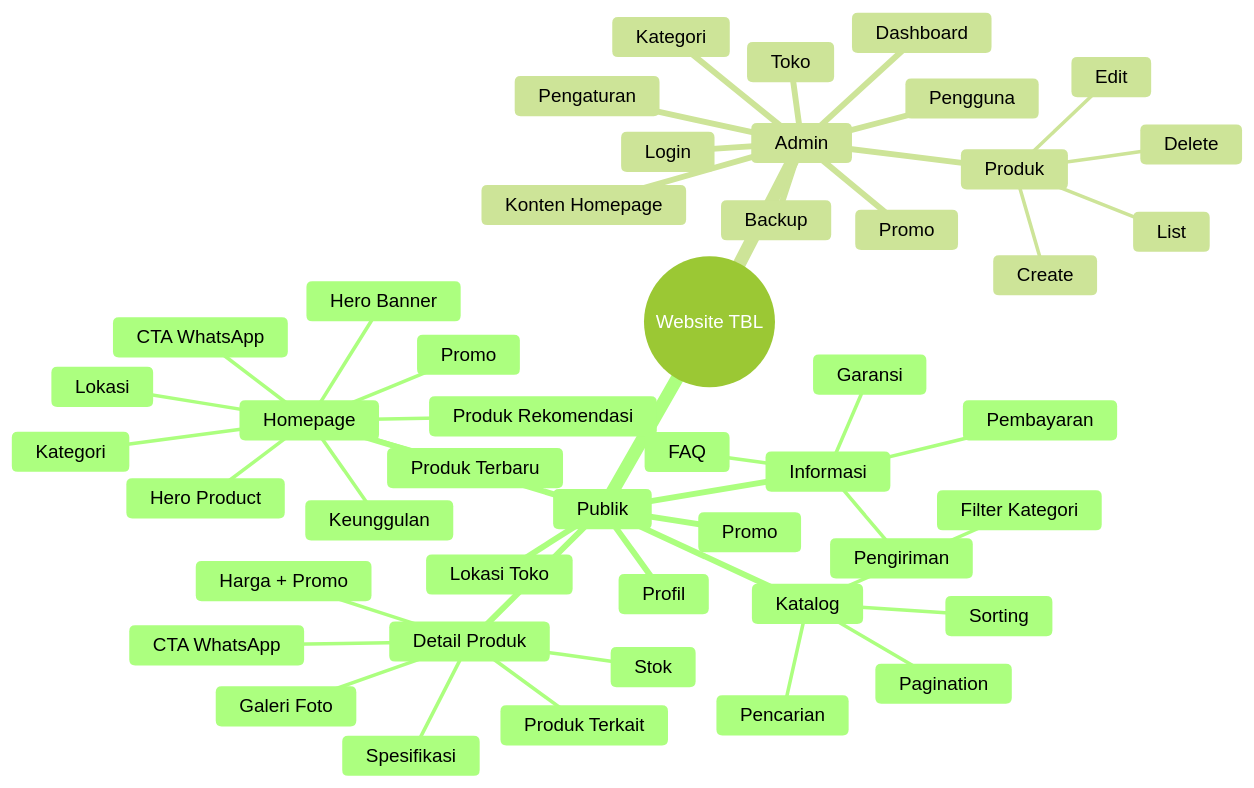
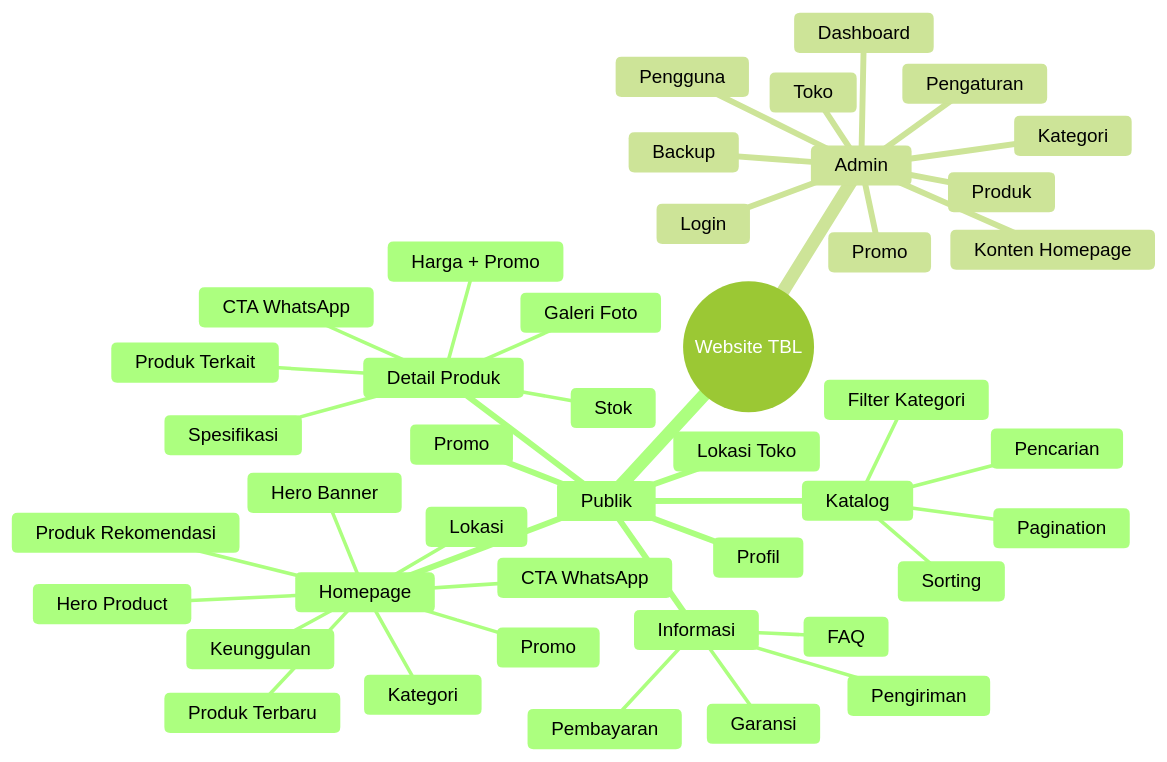
Before and after one commit to sekarpratama/project1: diagram 11 of 19 in README.md, drawn with Mermaid (forest theme). The commit also changed other lines of this file, not shown here.

````diff
--- a/README.md
+++ b/README.md
@@ -711,50 +626,46 @@
 ```mermaid
 mindmap
   root((Website TBL))
     Publik
       Homepage
         Hero Banner
         Promo
         Hero Product
         Kategori
         Produk Terbaru
         Produk Rekomendasi
         Keunggulan
         CTA WhatsApp
         Lokasi
       Katalog
         Filter Kategori
         Pencarian
         Sorting
         Pagination
       Detail Produk
         Galeri Foto
         Spesifikasi
         Harga + Promo
         Stok
         CTA WhatsApp
         Produk Terkait
       Promo
       Profil
       Lokasi Toko
       Informasi
         Pengiriman
         Pembayaran
         Garansi
         FAQ
     Admin
       Login
       Dashboard
       Produk
-        List
-        Create
-        Edit
-        Delete
       Kategori
       Promo
       Konten Homepage
       Toko
       Pengguna
       Pengaturan
       Backup
 ```
````
